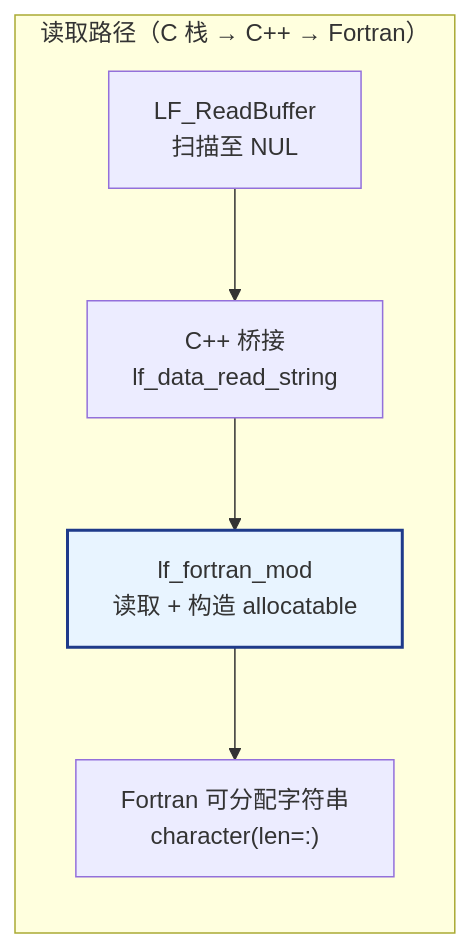
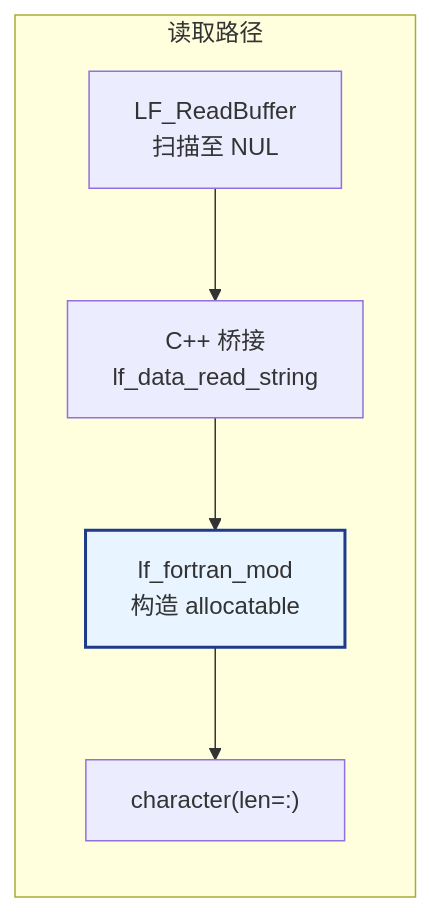
The ninth of 19 diagrams in fortran/README.md (PassByYou888/LingoFuse), drawn with Mermaid before and after one commit. The commit also changed other lines of this file and 16 other files, not shown here.

````diff
--- a/fortran/README.md
+++ b/fortran/README.md
@@ -304,12 +702,12 @@
 ```mermaid
 flowchart LR
-    subgraph Read["读取路径（C 栈 → C++ → Fortran）"]
+    subgraph Read["读取路径"]
         R1["LF_ReadBuffer<br/>扫描至 NUL"]
         R2["C++ 桥接<br/>lf_data_read_string"]
-        R3["lf_fortran_mod<br/>读取 + 构造 allocatable"]
-        R4["Fortran 可分配字符串<br/>character(len=:)"]
+        R3["lf_fortran_mod<br/>构造 allocatable"]
+        R4["character(len=:)"]
         R1 --> R2 --> R3 --> R4
     end
 
     style R3 fill:#E8F4FF,stroke:#1E3A8A,stroke-width:2px
 ```
````
